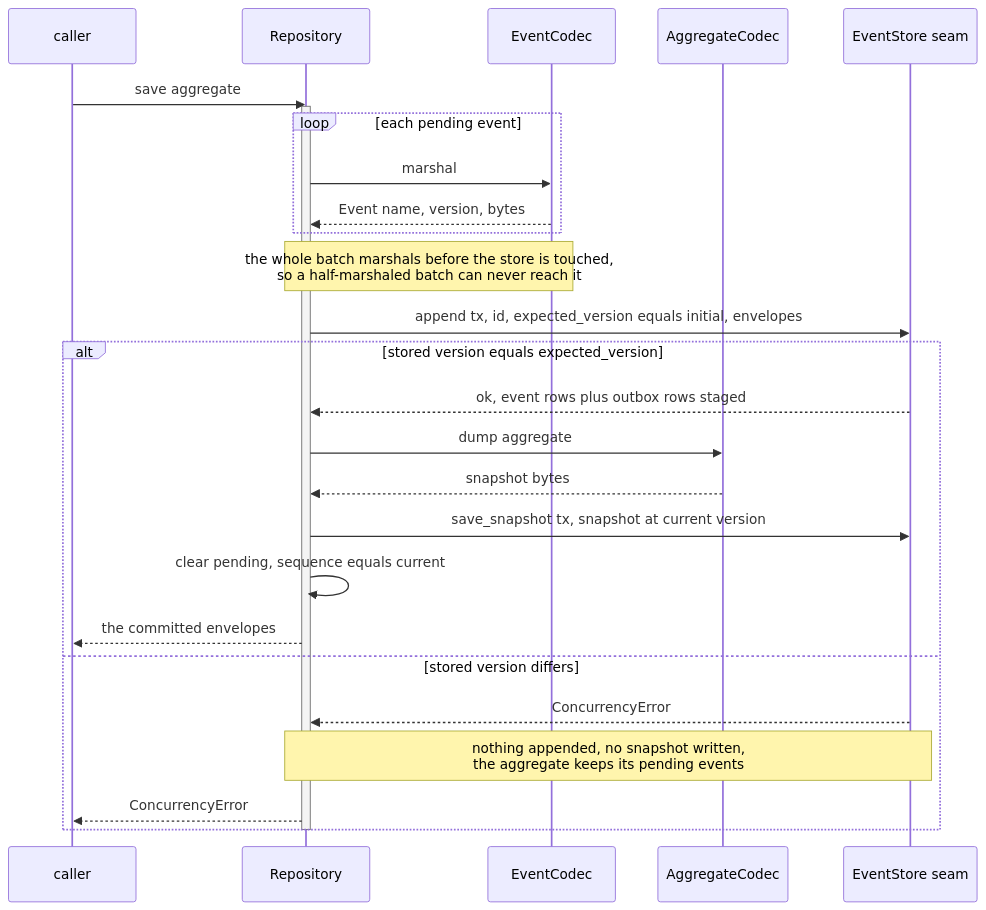
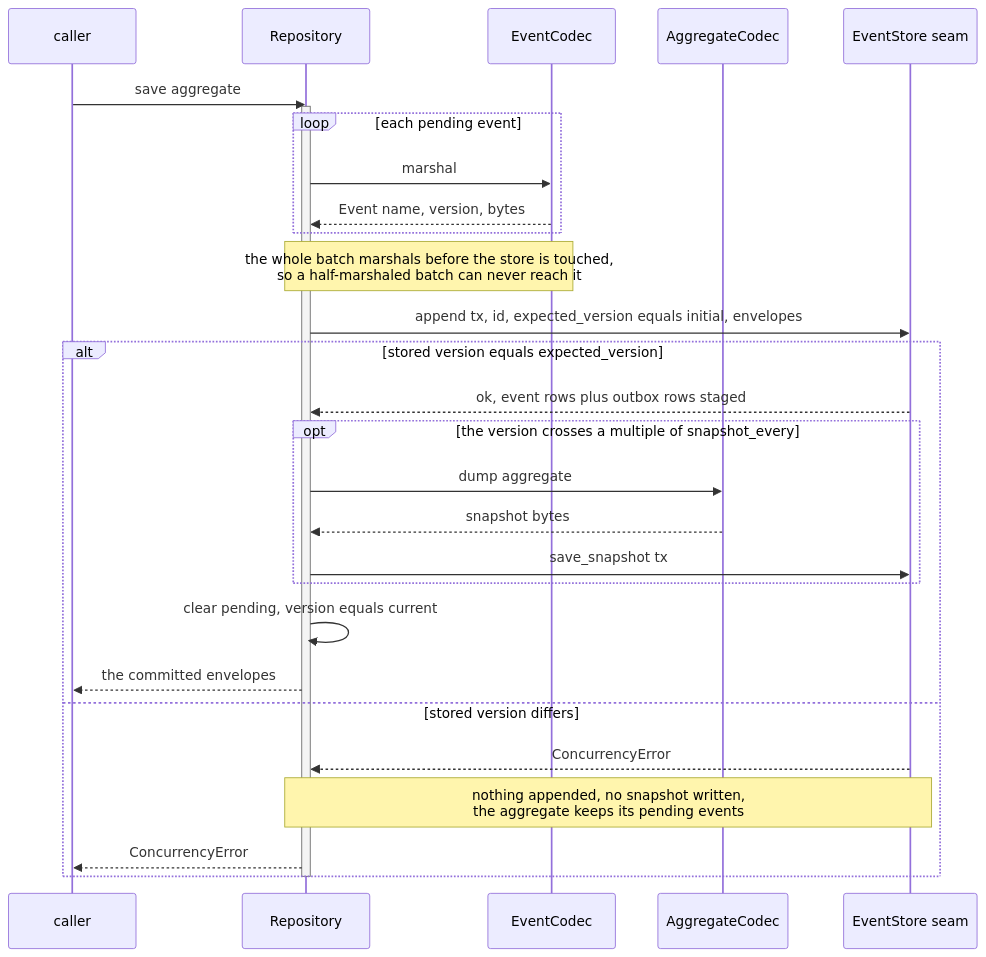
Before and after one commit to haskian/edax: the third of 4 diagrams in docs/sdk/aggregates.md, drawn with Mermaid. The commit also changed other lines of this file and 263 other files, not shown here.

````diff
--- a/docs/sdk/aggregates.md
+++ b/docs/sdk/aggregates.md
@@ -153,30 +163,32 @@
 ```mermaid
 sequenceDiagram
     participant C as caller
     participant R as Repository
     participant EC as EventCodec
     participant AC as AggregateCodec
     participant S as EventStore seam
 
     C->>R: save aggregate
     activate R
     loop each pending event
         R->>EC: marshal
         EC-->>R: Event name, version, bytes
     end
     Note over R,EC: the whole batch marshals before the store is touched,<br/>so a half-marshaled batch can never reach it
     R->>S: append tx, id, expected_version equals initial, envelopes
     alt stored version equals expected_version
         S-->>R: ok, event rows plus outbox rows staged
-        R->>AC: dump aggregate
-        AC-->>R: snapshot bytes
-        R->>S: save_snapshot tx, snapshot at current version
-        R->>R: clear pending, sequence equals current
+        opt the version crosses a multiple of snapshot_every
+            R->>AC: dump aggregate
+            AC-->>R: snapshot bytes
+            R->>S: save_snapshot tx
+        end
+        R->>R: clear pending, version equals current
         R-->>C: the committed envelopes
     else stored version differs
         S-->>R: ConcurrencyError
         Note over R,S: nothing appended, no snapshot written,<br/>the aggregate keeps its pending events
         R-->>C: ConcurrencyError
     end
     deactivate R
 ```
````
